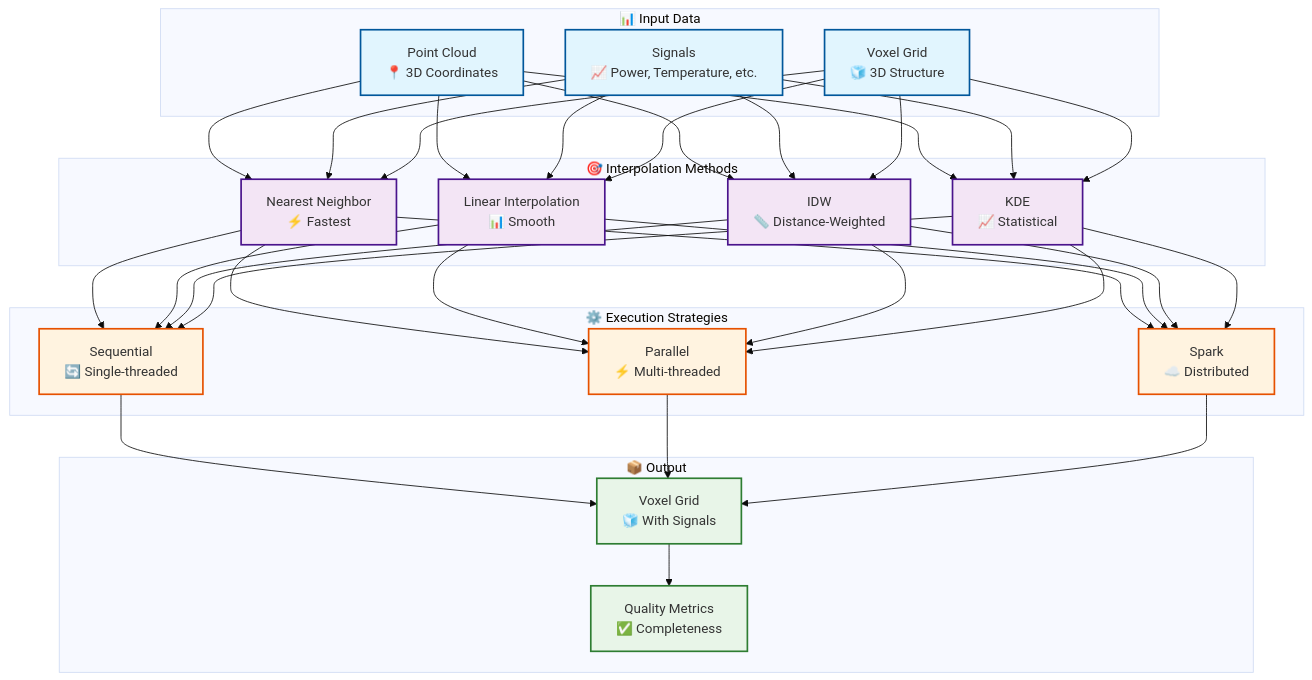
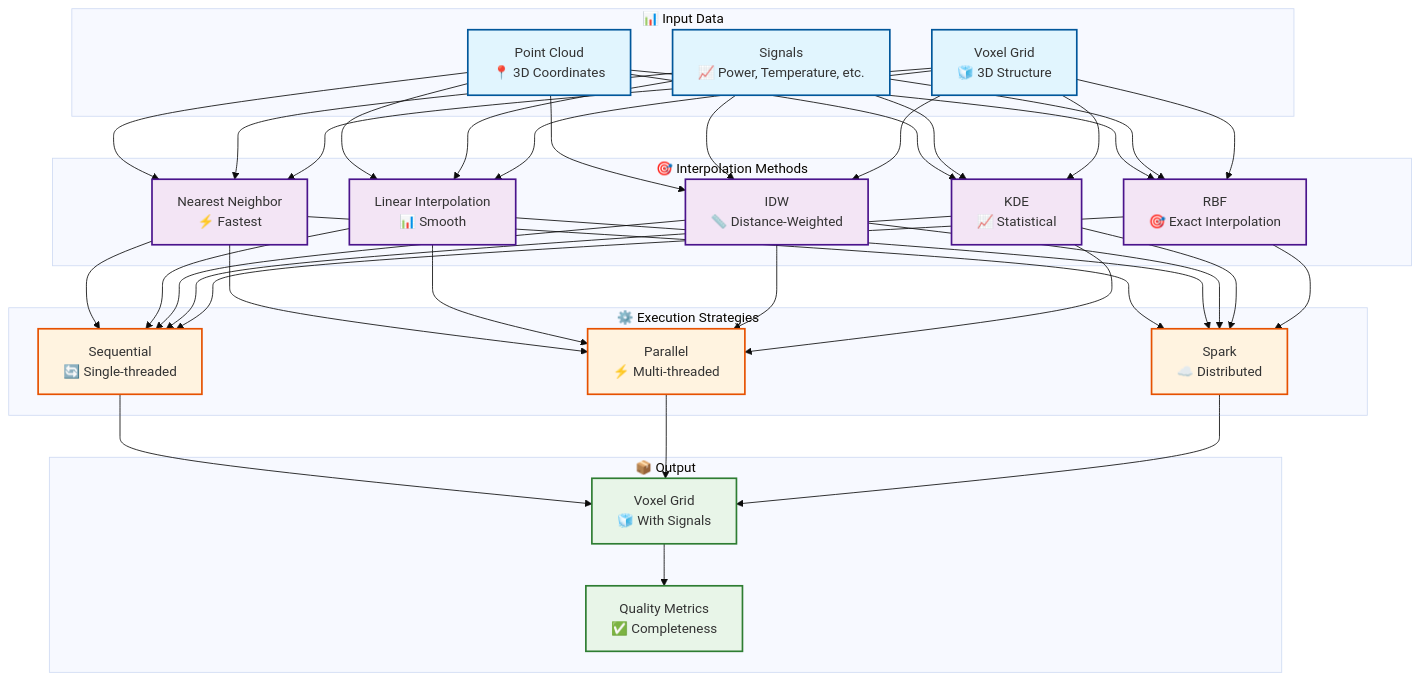
One commit to kanhaiya-gupta/AM-QADF changed the second of 3 diagrams in docs/AM_QADF/05-modules/signal-mapping.md. Above: the diagram before and after it, drawn with Mermaid (base theme). The commit also changed other lines of this file and 76 other files, not shown here.

````diff
--- a/docs/AM_QADF/05-modules/signal-mapping.md
+++ b/docs/AM_QADF/05-modules/signal-mapping.md
@@ -49,74 +49,80 @@
 ```mermaid
 flowchart TB
     %% Input
     subgraph Input["📊 Input Data"]
         Points["Point Cloud<br/>📍 3D Coordinates"]
         Signals["Signals<br/>📈 Power, Temperature, etc."]
         Grid["Voxel Grid<br/>🧊 3D Structure"]
     end
 
     %% Interpolation Methods
     subgraph Methods["🎯 Interpolation Methods"]
         Nearest["Nearest Neighbor<br/>⚡ Fastest"]
         Linear["Linear Interpolation<br/>📊 Smooth"]
         IDW["IDW<br/>📏 Distance-Weighted"]
         KDE["KDE<br/>📈 Statistical"]
+        RBF["RBF<br/>🎯 Exact Interpolation"]
     end
 
     %% Execution Strategies
     subgraph Execution["⚙️ Execution Strategies"]
         Sequential["Sequential<br/>🔄 Single-threaded"]
         Parallel["Parallel<br/>⚡ Multi-threaded"]
         Spark["Spark<br/>☁️ Distributed"]
     end
 
     %% Output
     subgraph Output["📦 Output"]
         VoxelGrid["Voxel Grid<br/>🧊 With Signals"]
         Quality["Quality Metrics<br/>✅ Completeness"]
     end
 
     %% Flow
     Points --> Nearest
     Points --> Linear
     Points --> IDW
     Points --> KDE
+    Points --> RBF
     Signals --> Nearest
     Signals --> Linear
     Signals --> IDW
     Signals --> KDE
+    Signals --> RBF
     Grid --> Nearest
     Grid --> Linear
     Grid --> IDW
     Grid --> KDE
+    Grid --> RBF
 
     Nearest --> Sequential
     Nearest --> Parallel
     Nearest --> Spark
     Linear --> Sequential
     Linear --> Parallel
     Linear --> Spark
     IDW --> Sequential
     IDW --> Parallel
     IDW --> Spark
     KDE --> Sequential
     KDE --> Parallel
     KDE --> Spark
+    RBF --> Sequential
+    RBF --> Spark
 
     Sequential --> VoxelGrid
     Parallel --> VoxelGrid
     Spark --> VoxelGrid
 
     VoxelGrid --> Quality
 
     %% Styling
     classDef input fill:#e1f5fe,stroke:#01579b,stroke-width:2px
     classDef method fill:#f3e5f5,stroke:#4a148c,stroke-width:2px
     classDef execution fill:#fff3e0,stroke:#e65100,stroke-width:2px
     classDef output fill:#e8f5e8,stroke:#2e7d32,stroke-width:2px
 
     class Points,Signals,Grid input
-    class Nearest,Linear,IDW,KDE method
+    class Nearest,Linear,IDW,KDE,RBF method
     class Sequential,Parallel,Spark execution
     class VoxelGrid,Quality output
 ```
````
